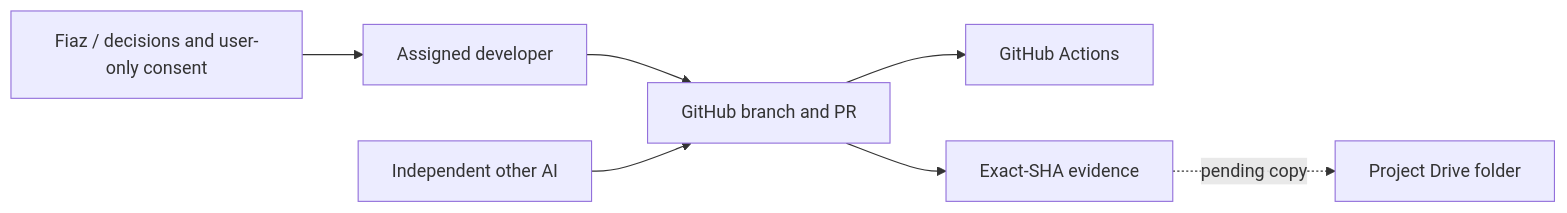
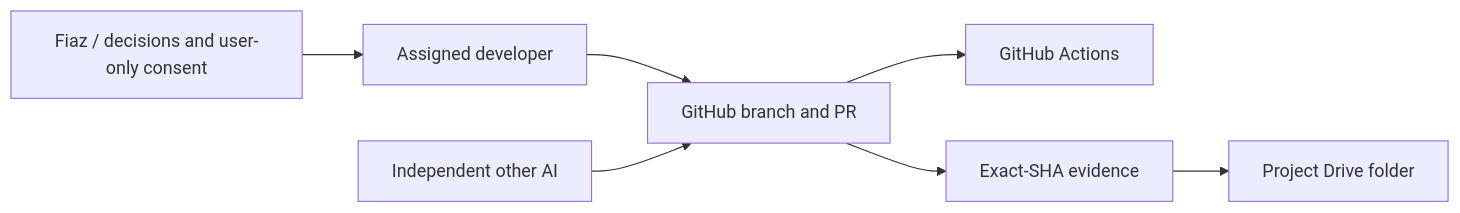
One commit to fiazhassan1/lession_learned changed the diagram in docs/ENVIRONMENT-SETUP.md. Above: the diagram before and after it, drawn with Mermaid. The commit also changed other lines of this file, not shown here.

Commit message:
docs(setup): record verified Drive mirror and policy hardening evidence

````diff
--- a/docs/ENVIRONMENT-SETUP.md
+++ b/docs/ENVIRONMENT-SETUP.md
@@ -11,9 +11,9 @@
 ```mermaid
 flowchart LR
   PO[Fiaz / decisions and user-only consent] --> DEV[Assigned developer]
   DEV --> GH[GitHub branch and PR]
   GH --> CI[GitHub Actions]
   QA[Independent other AI] --> GH
   GH --> E[Exact-SHA evidence]
-  E -. pending copy .-> D[Project Drive folder]
+  E --> D[Project Drive folder]
 ```
````
